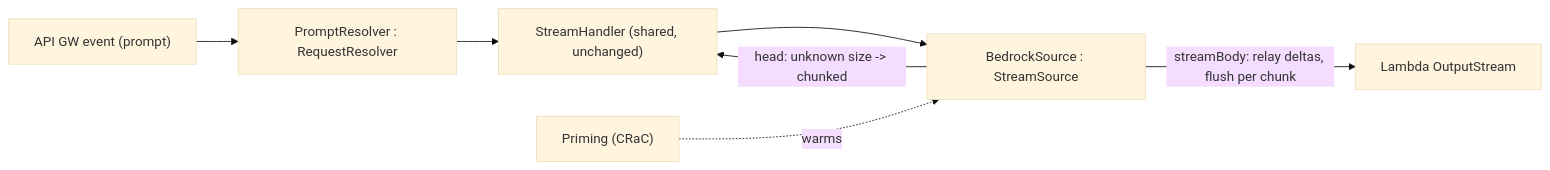
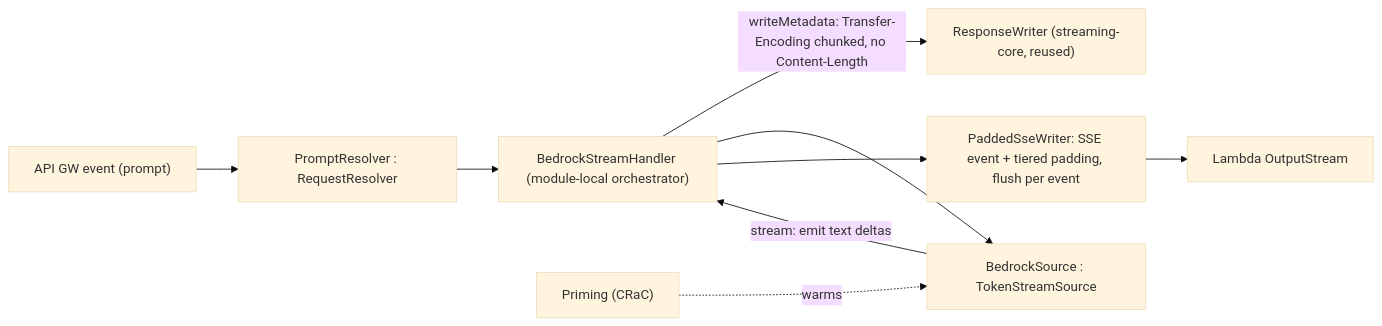
One commit to elenavanengelenmaslova/aws-lambda-response-streaming-jvm changed the second of 2 diagrams in .kiro/specs/bedrock-streaming-poc/design.md. Above: the diagram before and after it, drawn with Mermaid (base theme). The commit also changed other lines of this file and 2 other files, not shown here.

````diff
--- a/.kiro/specs/bedrock-streaming-poc/design.md
+++ b/.kiro/specs/bedrock-streaming-poc/design.md
@@ -84,9 +84,11 @@
 ```mermaid
 flowchart LR
     event["API GW event (prompt)"] --> resolver["PromptResolver : RequestResolver<PromptRequest>"]
-    resolver --> handler["StreamHandler<PromptRequest> (shared, unchanged)"]
-    handler --> source["BedrockSource : StreamSource<PromptRequest>"]
-    source -->|head: unknown size -> chunked| handler
-    source -->|streamBody: relay deltas, flush per chunk| out["Lambda OutputStream"]
+    resolver --> handler["BedrockStreamHandler (module-local orchestrator)"]
+    handler -->|writeMetadata: Transfer-Encoding chunked, no Content-Length| rw["ResponseWriter (streaming-core, reused)"]
+    handler --> source["BedrockSource : TokenStreamSource<PromptRequest>"]
+    source -->|stream: emit text deltas| handler
+    handler --> sse["PaddedSseWriter: SSE event + tiered padding, flush per event"]
+    sse --> out["Lambda OutputStream"]
     priming["Priming (CRaC)"] -.warms.-> source
 ```
````
